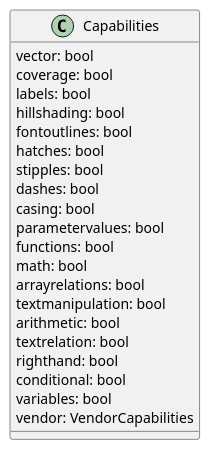
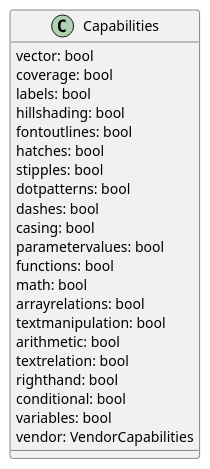
One commit to opengeospatial/cartographic-symbology changed the fourth of 6 diagrams in 1-core/sections/clause_7_core.adoc. Above: the diagram before and after it, drawn with PlantUML. The commit also changed other lines of this file and 3 other files, not shown here.

```diff
--- a/1-core/sections/clause_7_core.adoc
+++ b/1-core/sections/clause_7_core.adoc
@@ -477,26 +477,27 @@
 [plantuml, target=diagram-classes, format=png]
 ....
 @startuml
 Class Capabilities
 Capabilities   : vector: bool
 Capabilities   : coverage: bool
 Capabilities   : labels: bool
 Capabilities   : hillshading: bool
 Capabilities   : fontoutlines: bool
 Capabilities   : hatches: bool
 Capabilities   : stipples: bool
+Capabilities   : dotpatterns: bool
 Capabilities   : dashes: bool
 Capabilities   : casing: bool
 Capabilities   : parametervalues: bool
 Capabilities   : functions: bool
 Capabilities   : math: bool
 Capabilities   : arrayrelations: bool
 Capabilities   : textmanipulation: bool
 Capabilities   : arithmetic: bool
 Capabilities   : textrelation: bool
 Capabilities   : righthand: bool
 Capabilities   : conditional: bool
 Capabilities   : variables: bool
 Capabilities   : vendor: VendorCapabilities
 @enduml
 ....
```
